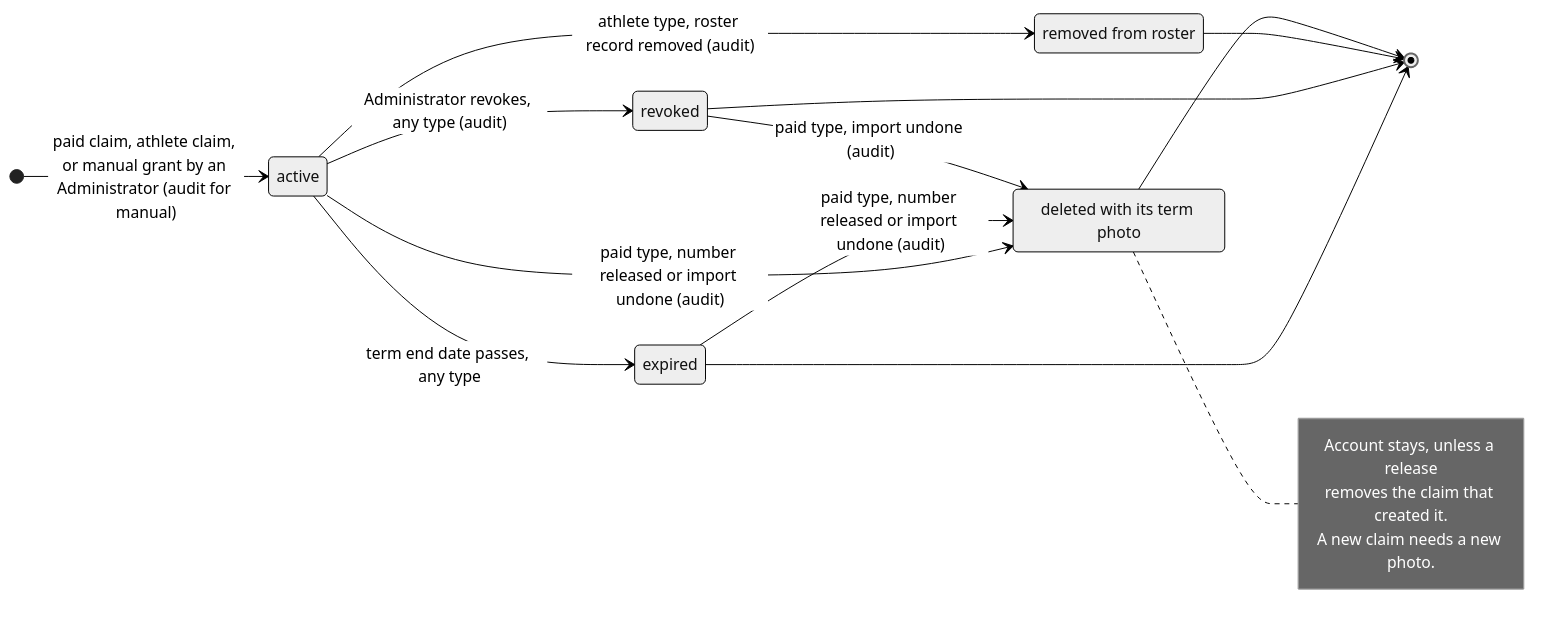
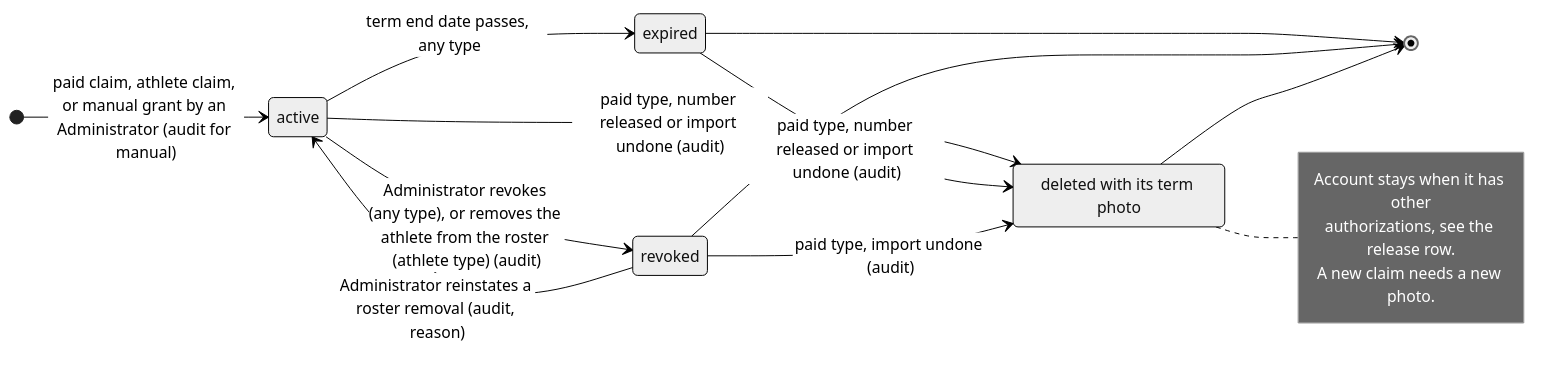
One commit to Th3-Minorities/natatorio-gym-app changed the ninth of 9 diagrams in docs/design/registration-flows.md. Above: the diagram before and after it, drawn with Mermaid (neutral theme). The commit also changed other lines of this file, not shown here.

Commit message:
Apply the design review decisions to the registration flows

````diff
--- a/docs/design/registration-flows.md
+++ b/docs/design/registration-flows.md
@@ -265,22 +269,20 @@
 ```mermaid
 stateDiagram-v2
   direction LR
-  state "removed from roster" as removed
   state "deleted with its term photo" as deleted
   [*] --> active : paid claim, athlete claim, or manual grant by an Administrator (audit for manual)
   active --> expired : term end date passes, any type
-  active --> revoked : Administrator revokes, any type (audit)
-  active --> removed : athlete type, roster record removed (audit)
+  active --> revoked : Administrator revokes (any type), or removes the athlete from the roster (athlete type) (audit)
+  revoked --> active : Administrator reinstates a roster removal (audit, reason)
   active --> deleted : paid type, number released or import undone (audit)
   expired --> deleted : paid type, number released or import undone (audit)
   revoked --> deleted : paid type, import undone (audit)
   expired --> [*]
   revoked --> [*]
-  removed --> [*]
   deleted --> [*]
   note right of deleted
-    Account stays, unless a release
-    removes the claim that created it.
+    Account stays when it has other
+    authorizations, see the release row.
     A new claim needs a new photo.
   end note
 ```
````
